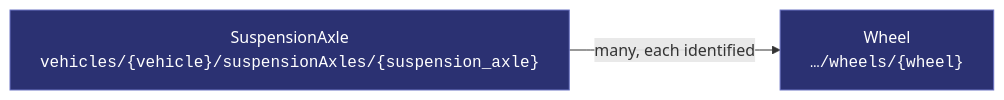
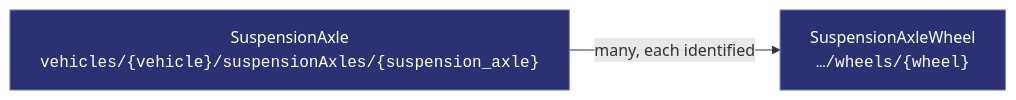
Before and after one commit to oh-tarnished/coversa-protobuf: the first of 5 diagrams in protobuf/covesa/vss/motion/suspension_axle_wheel/README.md, drawn with Mermaid. The commit also changed other lines of this file and 40 other files, not shown here.

First line of the commit message:
feat: Introduce BrakeAxleWheel and ChassisAxleWheel schemas

````diff
--- a/protobuf/covesa/vss/motion/suspension_axle_wheel/README.md
+++ b/protobuf/covesa/vss/motion/suspension_axle_wheel/README.md
@@ -18,11 +18,11 @@
 ```mermaid
 flowchart LR
   P["SuspensionAxle<br/><code>vehicles/{vehicle}/suspensionAxles/{suspension_axle}</code>"]
-  R["Wheel<br/><code>…/wheels/{wheel}</code>"]
+  R["SuspensionAxleWheel<br/><code>…/wheels/{wheel}</code>"]
 
   P -->|"many, each identified"| R
 
   classDef res fill:#2B3172,stroke:#6C74C4,color:#fff;
   classDef emb fill:#1d2440,stroke:#4a5178,color:#cfd4ea;
   class R,P res;
 ```
````
